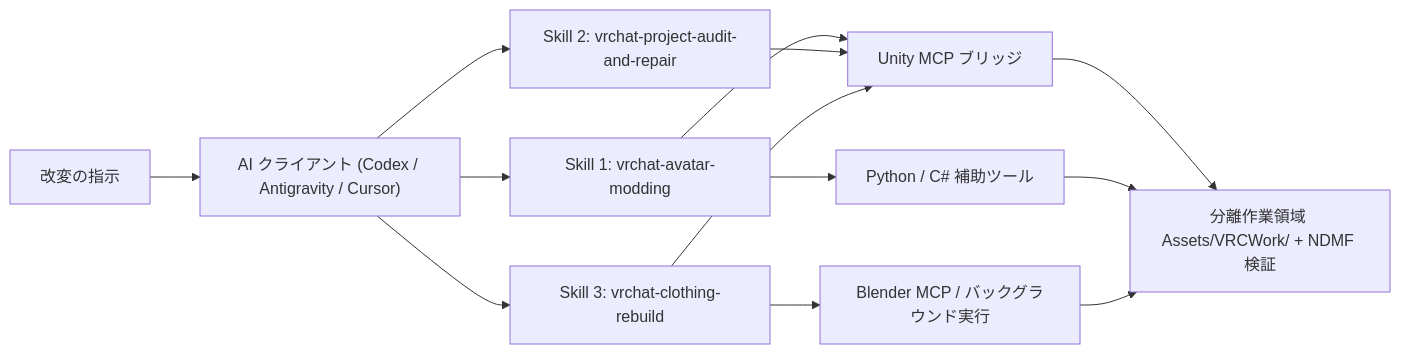
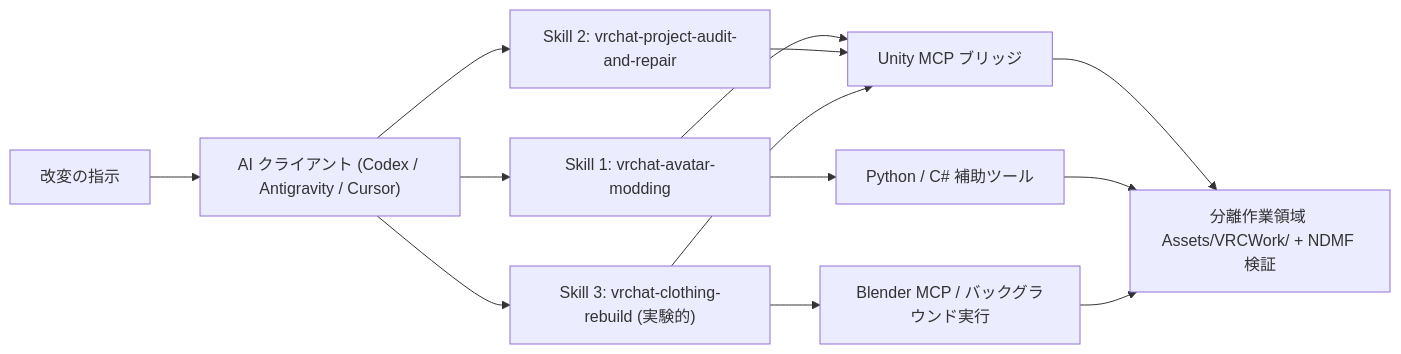
Before and after one commit to asmrawa/vrchat-avatar-modding-skills: the diagram in README_JA.md, drawn with Mermaid. The commit also changed other lines of this file and 6 other files, not shown here.

Commit message:
docs: mark vrchat-clothing-rebuild as experimental and clarify Blender MCP role

````diff
--- a/README_JA.md
+++ b/README_JA.md
@@ -33,17 +33,17 @@
 ```mermaid
 flowchart LR
     User["改変の指示"] --> Client["AI クライアント (Codex / Antigravity / Cursor)"]
     Client --> S1["Skill 1: vrchat-avatar-modding"]
     Client --> S2["Skill 2: vrchat-project-audit-and-repair"]
-    Client --> S3["Skill 3: vrchat-clothing-rebuild"]
+    Client --> S3["Skill 3: vrchat-clothing-rebuild (実験的)"]
 
     S1 --> UMCP["Unity MCP ブリッジ"]
     S2 --> UMCP
     S1 --> CLI["Python / C# 補助ツール"]
     S3 --> BMCP["Blender MCP / バックグラウンド実行"]
     S3 --> UMCP
 
     UMCP --> Work["分離作業領域 Assets/VRCWork/ + NDMF 検証"]
     CLI --> Work
     BMCP --> Work
 ```
````
